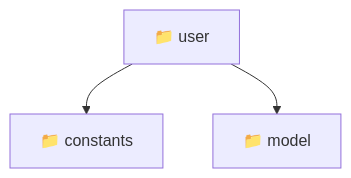
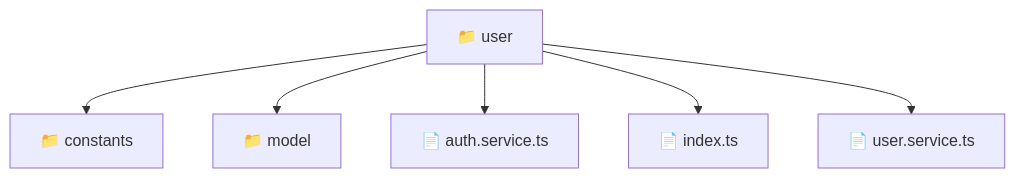
One commit to beginwebdev2002/fullstack-mavluda changed the diagram in frontend/src/entities/user/README.md. Above: the diagram before and after it, drawn with Mermaid. The commit also changed other lines of this file and 157 other files, not shown here.

First line of the commit message:
docs: generate localized readmes for architectural transparency

````diff
--- a/frontend/src/entities/user/README.md
+++ b/frontend/src/entities/user/README.md
@@ -11,6 +11,9 @@
 ```mermaid
 graph TD
   user["📁 user"]
-  user --> constants["📁 constants"]
-  user --> model["📁 model"]
+  user --> user_constants["📁 constants"]
+  user --> user_model["📁 model"]
+  user --> user_auth_service_ts["📄 auth.service.ts"]
+  user --> user_index_ts["📄 index.ts"]
+  user --> user_user_service_ts["📄 user.service.ts"]
 ```
````
